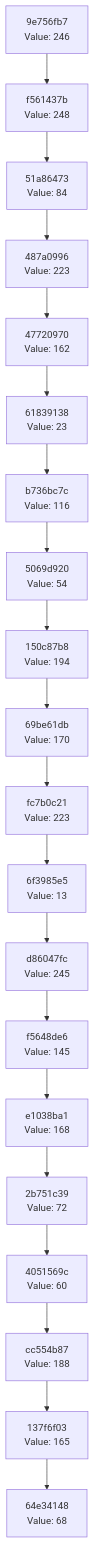
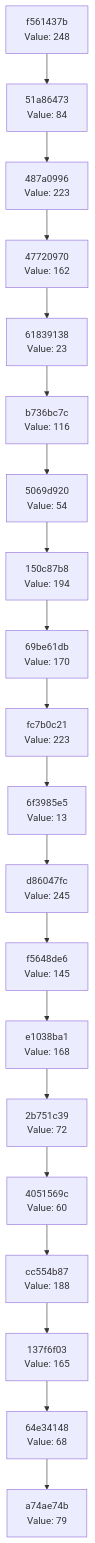
One commit to Abhisheksinha1506/hash-chain-evolver changed the diagram in docs/CHAIN_VISUALIZATION.md. Above: the diagram before and after it, drawn with Mermaid. The commit also changed 2 other files, not shown here.

Commit message:
Evolution Step

````diff
--- a/docs/CHAIN_VISUALIZATION.md
+++ b/docs/CHAIN_VISUALIZATION.md
@@ -3,42 +3,42 @@
 ```mermaid
 graph TD
-    C0["64e34148<br/>Value: 68"]
-    C1["137f6f03<br/>Value: 165"]
+    C0["a74ae74b<br/>Value: 79"]
+    C1["64e34148<br/>Value: 68"]
     C1 --> C0
-    C2["cc554b87<br/>Value: 188"]
+    C2["137f6f03<br/>Value: 165"]
     C2 --> C1
-    C3["4051569c<br/>Value: 60"]
+    C3["cc554b87<br/>Value: 188"]
     C3 --> C2
-    C4["2b751c39<br/>Value: 72"]
+    C4["4051569c<br/>Value: 60"]
     C4 --> C3
-    C5["e1038ba1<br/>Value: 168"]
+    C5["2b751c39<br/>Value: 72"]
     C5 --> C4
-    C6["f5648de6<br/>Value: 145"]
+    C6["e1038ba1<br/>Value: 168"]
     C6 --> C5
-    C7["d86047fc<br/>Value: 245"]
+    C7["f5648de6<br/>Value: 145"]
     C7 --> C6
-    C8["6f3985e5<br/>Value: 13"]
+    C8["d86047fc<br/>Value: 245"]
     C8 --> C7
-    C9["fc7b0c21<br/>Value: 223"]
+    C9["6f3985e5<br/>Value: 13"]
     C9 --> C8
-    C10["69be61db<br/>Value: 170"]
+    C10["fc7b0c21<br/>Value: 223"]
     C10 --> C9
-    C11["150c87b8<br/>Value: 194"]
+    C11["69be61db<br/>Value: 170"]
     C11 --> C10
-    C12["5069d920<br/>Value: 54"]
+    C12["150c87b8<br/>Value: 194"]
     C12 --> C11
-    C13["b736bc7c<br/>Value: 116"]
+    C13["5069d920<br/>Value: 54"]
     C13 --> C12
-    C14["61839138<br/>Value: 23"]
+    C14["b736bc7c<br/>Value: 116"]
     C14 --> C13
-    C15["47720970<br/>Value: 162"]
+    C15["61839138<br/>Value: 23"]
     C15 --> C14
-    C16["487a0996<br/>Value: 223"]
+    C16["47720970<br/>Value: 162"]
     C16 --> C15
-    C17["51a86473<br/>Value: 84"]
+    C17["487a0996<br/>Value: 223"]
     C17 --> C16
-    C18["f561437b<br/>Value: 248"]
+    C18["51a86473<br/>Value: 84"]
     C18 --> C17
-    C19["9e756fb7<br/>Value: 246"]
+    C19["f561437b<br/>Value: 248"]
     C19 --> C18
 ```
````
